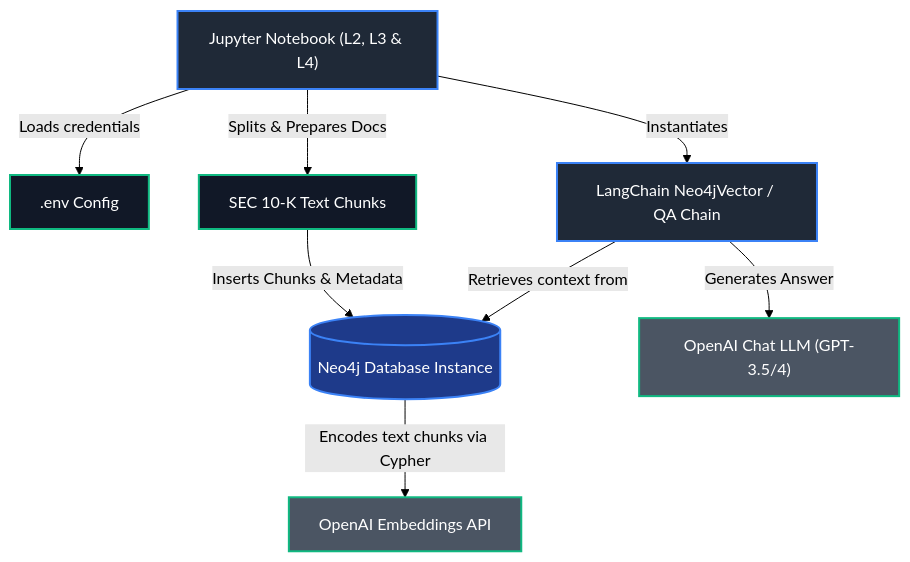
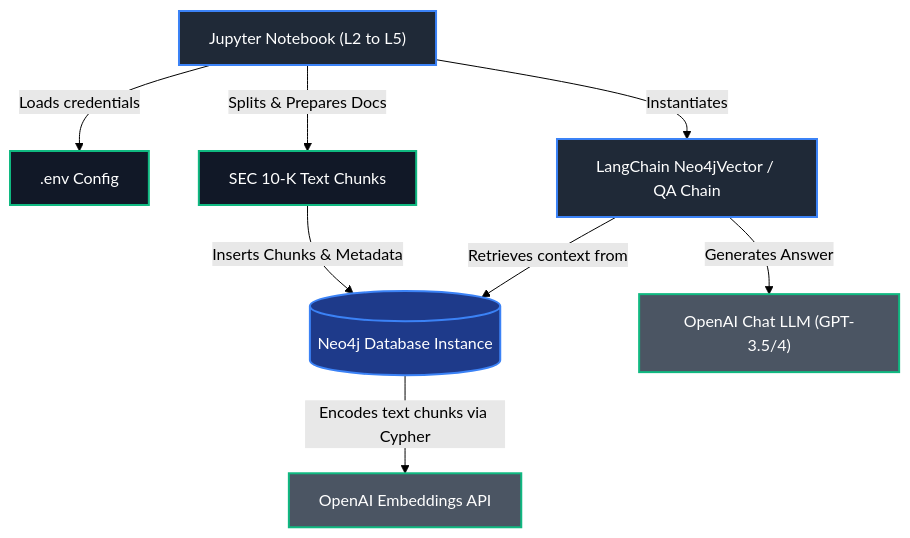
One commit to PhoengZ/knowledgr-graph-RAG changed the first of 2 diagrams in README.md. Above: the diagram before and after it, drawn with Mermaid (forest theme). The commit also changed other lines of this file and 2 other files, not shown here.

First line of the commit message:
feat: add Lesson 5 SEC Knowledge Graph relationships notebook and update README

````diff
--- a/README.md
+++ b/README.md
@@ -25,24 +26,24 @@
 ```mermaid
 graph TD
     %% Define Node Styles
     classDef component fill:#1f2937,stroke:#3b82f6,stroke-width:2px,color:#fff;
     classDef database fill:#1e3a8a,stroke:#3b82f6,stroke-width:2px,color:#fff;
     classDef config fill:#111827,stroke:#10b981,stroke-width:2px,color:#fff;
     classDef api fill:#4b5563,stroke:#10b981,stroke-width:2px,color:#fff;
     
     %% Flow nodes
-    Notebook["Jupyter Notebook (L2, L3 & L4)"] -->|Loads credentials| Env[".env Config"]
+    Notebook["Jupyter Notebook (L2 to L5)"] -->|Loads credentials| Env[".env Config"]
     Notebook -->|Splits & Prepares Docs| TextChunks["SEC 10-K Text Chunks"]
     TextChunks -->|Inserts Chunks & Metadata| DB[("Neo4j Database Instance")]
     
     Notebook -->|Instantiates| LangChain["LangChain Neo4jVector / QA Chain"]
     LangChain -->|Retrieves context from| DB
     LangChain -->|Generates Answer| OpenAI_LLM["OpenAI Chat LLM (GPT-3.5/4)"]
     DB -->|Encodes text chunks via Cypher| OpenAI_Embeddings["OpenAI Embeddings API"]
     
     %% Apply styles
     class Notebook,LangChain component;
     class DB database;
     class Env,TextChunks config;
     class OpenAI_LLM,OpenAI_Embeddings api;
 ```
````
